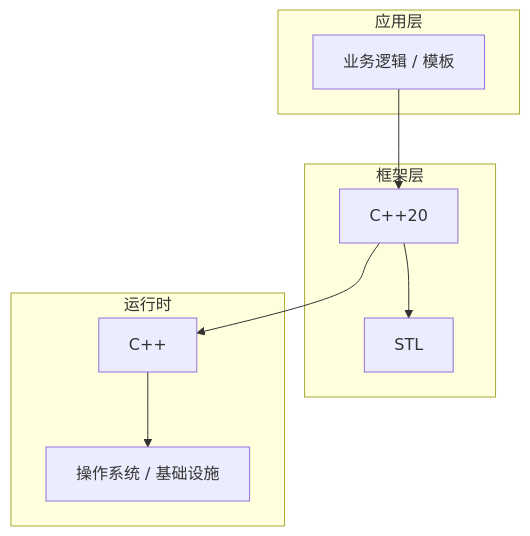
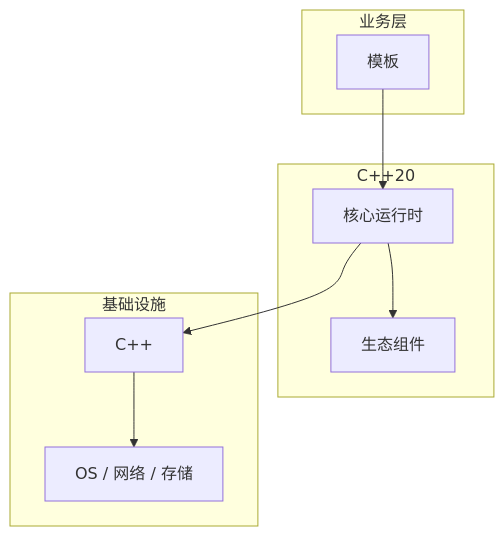
The diagram in articles/C++/chapters/057-模板核心概念与原理.md (yanggan2015/knowledge-json-v2), drawn with Mermaid before and after one commit. The commit also changed other lines of this file and 10127 other files, not shown here.

````diff
--- a/articles/C++/chapters/057-模板核心概念与原理.md
+++ b/articles/C++/chapters/057-模板核心概念与原理.md
@@ -45,18 +34,18 @@
 ```mermaid
 graph TB
-    subgraph 应用层
-        A[业务逻辑 / 模板]
+    subgraph 业务层
+        A[模板]
     end
-    subgraph 框架层
-        B[C++20]
-        C[STL]
+    subgraph C++20
+        B[核心运行时]
+        C[生态组件]
     end
-    subgraph 运行时
+    subgraph 基础设施
         D[C++]
-        E[操作系统 / 基础设施]
+        E[OS / 网络 / 存储]
     end
     A --> B
     B --> C
     B --> D
     D --> E
 ```
````
